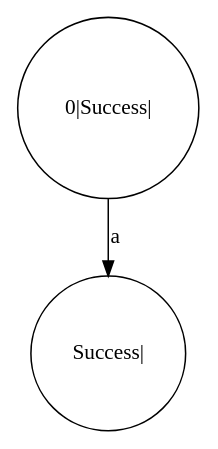
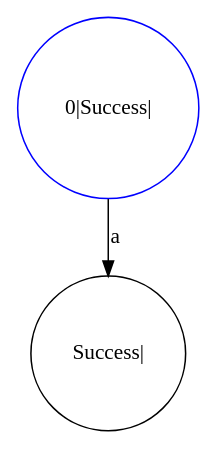
Before and after one commit to ayanamists/MyRegEngine: the diagram in MyRegEngine/bin/Debug/netcoreapp3.1/TestCaseD7.dot, drawn with Graphviz. The commit also changed 55 other files, not shown here.

```diff
--- a/MyRegEngine/bin/Debug/netcoreapp3.1/TestCaseD7.dot
+++ b/MyRegEngine/bin/Debug/netcoreapp3.1/TestCaseD7.dot
@@ -1,1 +1,1 @@
-digraph TestCaseD7 { 0 [shape=circle,label="0|Success|"]; 1 [shape=circle,label="Success|"]; 0 -> 1[label="a"]; }
+digraph TestCaseD7 { 0 [shape=circle,label="0|Success|",color="#0000FF"]; 1 [shape=circle,label="Success|",color="#000000"]; 0 -> 1[label="a"]; }
```
